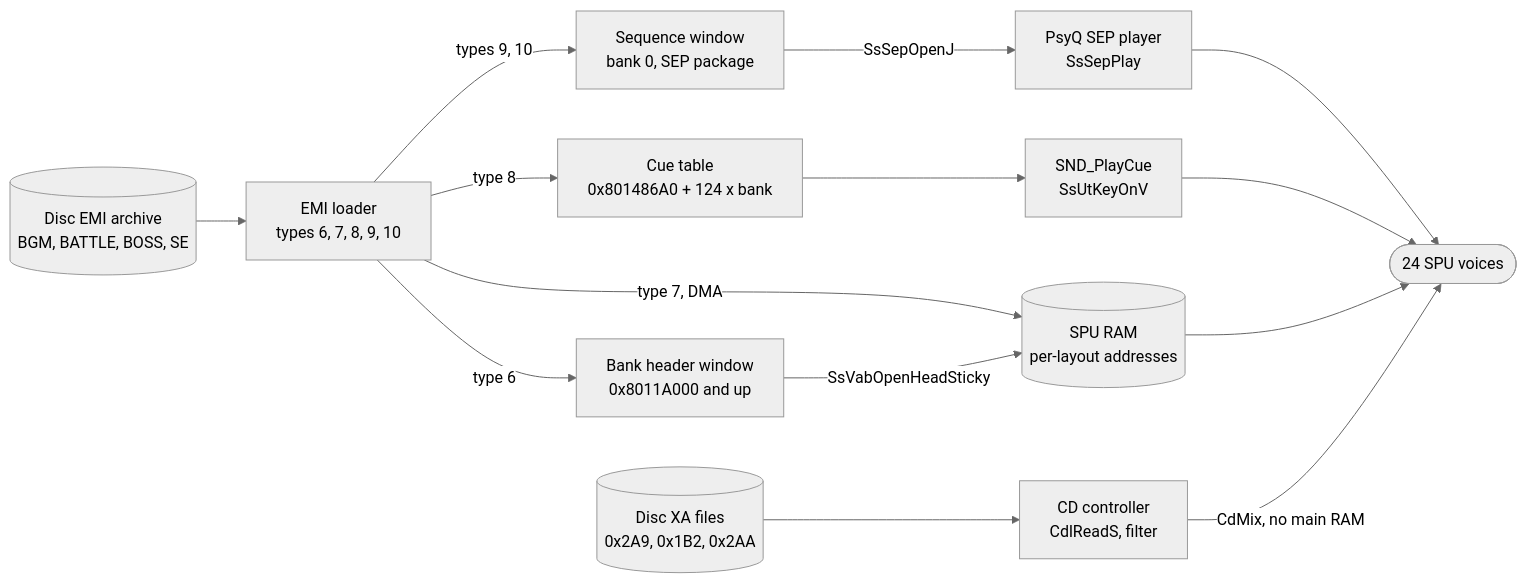
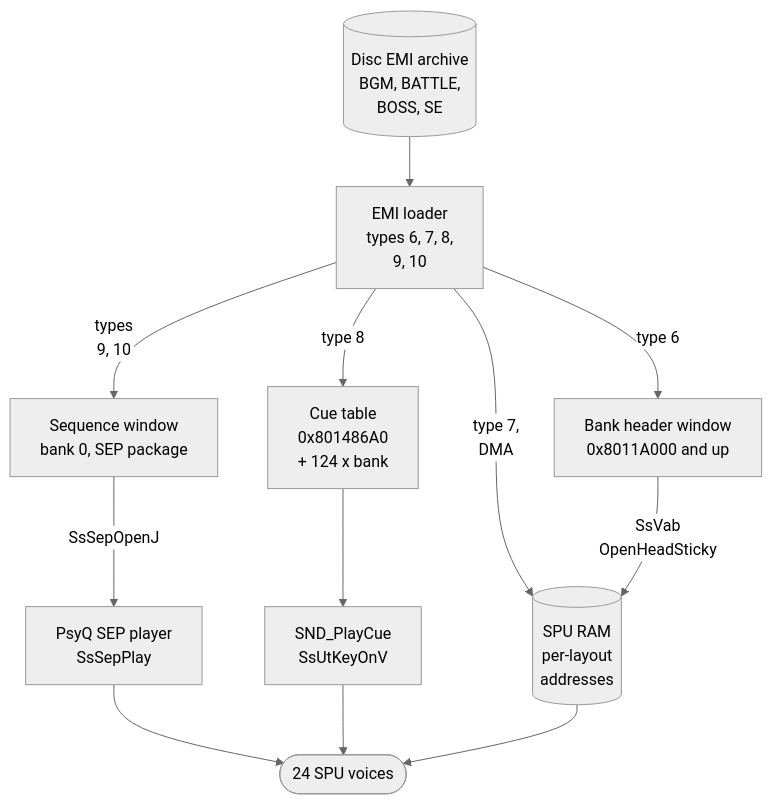
The first of 2 diagrams in src/content/docs/systems/audio.md (raulcorreia7/bof3-wiki), drawn with Mermaid (neutral theme) before and after one commit. The commit also changed other lines of this file and 13 other files, not shown here.

Commit message:
docs: redraw the diagrams to fit the page column at full text size

````diff
--- a/src/content/docs/systems/audio.md
+++ b/src/content/docs/systems/audio.md
@@ -12,27 +12,23 @@
 ```mermaid
-flowchart LR
-    disc[("Disc EMI archive<br/>BGM, BATTLE, BOSS, SE")]
-    ldr["EMI loader<br/>types 6, 7, 8, 9, 10"]
+flowchart TD
+    disc[("Disc EMI archive<br/>BGM, BATTLE,<br/>BOSS, SE")]
+    ldr["EMI loader<br/>types 6, 7, 8,<br/>9, 10"]
     vh["Bank header window<br/>0x8011A000 and up"]
     seq["Sequence window<br/>bank 0, SEP package"]
-    cue["Cue table<br/>0x801486A0 + 124 x bank"]
-    spu[("SPU RAM<br/>per-layout addresses")]
+    cue["Cue table<br/>0x801486A0<br/>+ 124 x bank"]
+    spu[("SPU RAM<br/>per-layout<br/>addresses")]
     sep["PsyQ SEP player<br/>SsSepPlay"]
     key["SND_PlayCue<br/>SsUtKeyOnV"]
     voices(["24 SPU voices"])
-    xa[("Disc XA files<br/>0x2A9, 0x1B2, 0x2AA")]
-    cdc["CD controller<br/>CdlReadS, filter"]
     disc --> ldr
     ldr -- "type 6" --> vh
-    ldr -- "type 7, DMA" --> spu
-    ldr -- "types 9, 10" --> seq
+    ldr -- "type 7,<br/>DMA" --> spu
+    ldr -- "types<br/>9, 10" --> seq
     ldr -- "type 8" --> cue
-    vh -- "SsVabOpenHeadSticky" --> spu
+    vh -- "SsVab<br/>OpenHeadSticky" --> spu
     seq -- "SsSepOpenJ" --> sep
     sep --> voices
     cue --> key
     key --> voices
     spu --> voices
-    xa --> cdc
-    cdc -- "CdMix, no main RAM" --> voices
 ```
````
